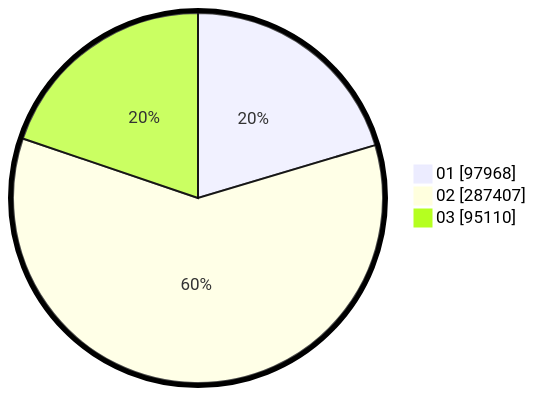
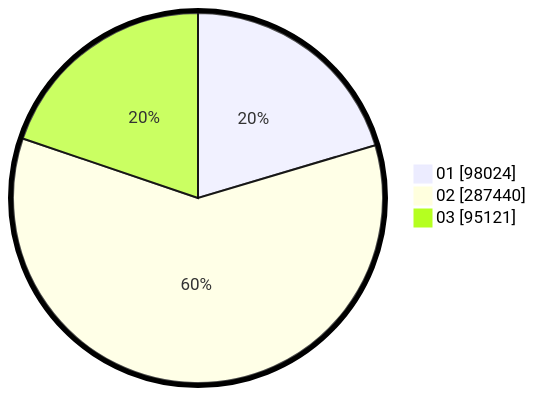
Before and after one commit to gigit-pemilu/pemilu-2024: the second of 2 diagrams in pilpres/hitung-suara/sub/table-wilayah-99.md, drawn with Mermaid. The commit also changed other lines of this file and 5 other files, not shown here.

````diff
--- a/pilpres/hitung-suara/sub/table-wilayah-99.md
+++ b/pilpres/hitung-suara/sub/table-wilayah-99.md
@@ -15,7 +15,7 @@
 ```mermaid
 %%{init: {"pie": {"textPosition": 0.5}, "themeVariables": {"pieOuterStrokeWidth": "5px"}} }%%
 pie showData
-    "01" : 97968
-    "02" : 287407
-    "03" : 95110
+    "01" : 98024
+    "02" : 287440
+    "03" : 95121
 ```
````
